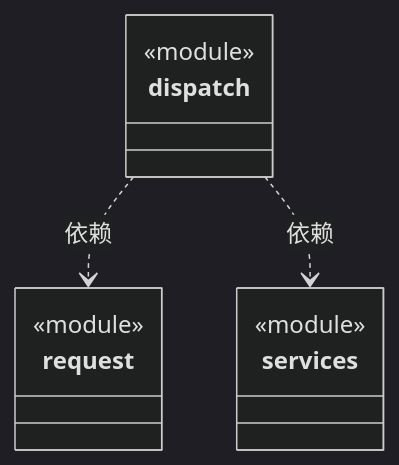
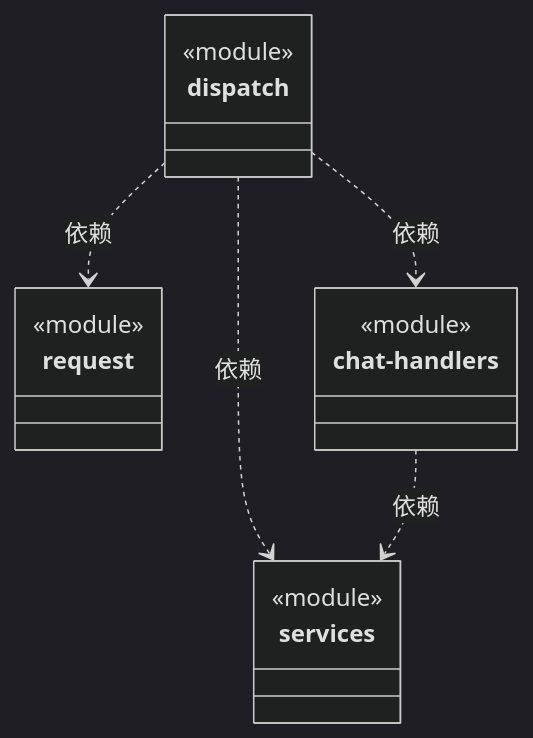
The diagram in src/bridge/server/ipc/ARCHITECTURE.md (nan023062/cbim), drawn with Mermaid (dark theme) before and after one commit. The commit also changed other lines of this file and 136 other files, not shown here.

````diff
--- a/src/bridge/server/ipc/ARCHITECTURE.md
+++ b/src/bridge/server/ipc/ARCHITECTURE.md
@@ -21,17 +24,23 @@
 ```mermaid
 classDiagram
 class N_d5a6e7c2069b["dispatch"] {
   <<module>>
 }
 click N_d5a6e7c2069b href "dispatch.ts"
 class N_0d537f00c314["request"] {
   <<module>>
 }
 click N_0d537f00c314 href "request.ts"
 class N_05abcf994192["services"] {
   <<module>>
 }
 click N_05abcf994192 href "services.ts"
+class N_064fb5fa2b9b["chat-handlers"] {
+  <<module>>
+}
+click N_064fb5fa2b9b href "chat-handlers.ts"
 N_d5a6e7c2069b ..> N_0d537f00c314 : 依赖
 N_d5a6e7c2069b ..> N_05abcf994192 : 依赖
+N_d5a6e7c2069b ..> N_064fb5fa2b9b : 依赖
+N_064fb5fa2b9b ..> N_05abcf994192 : 依赖
 ```
````
